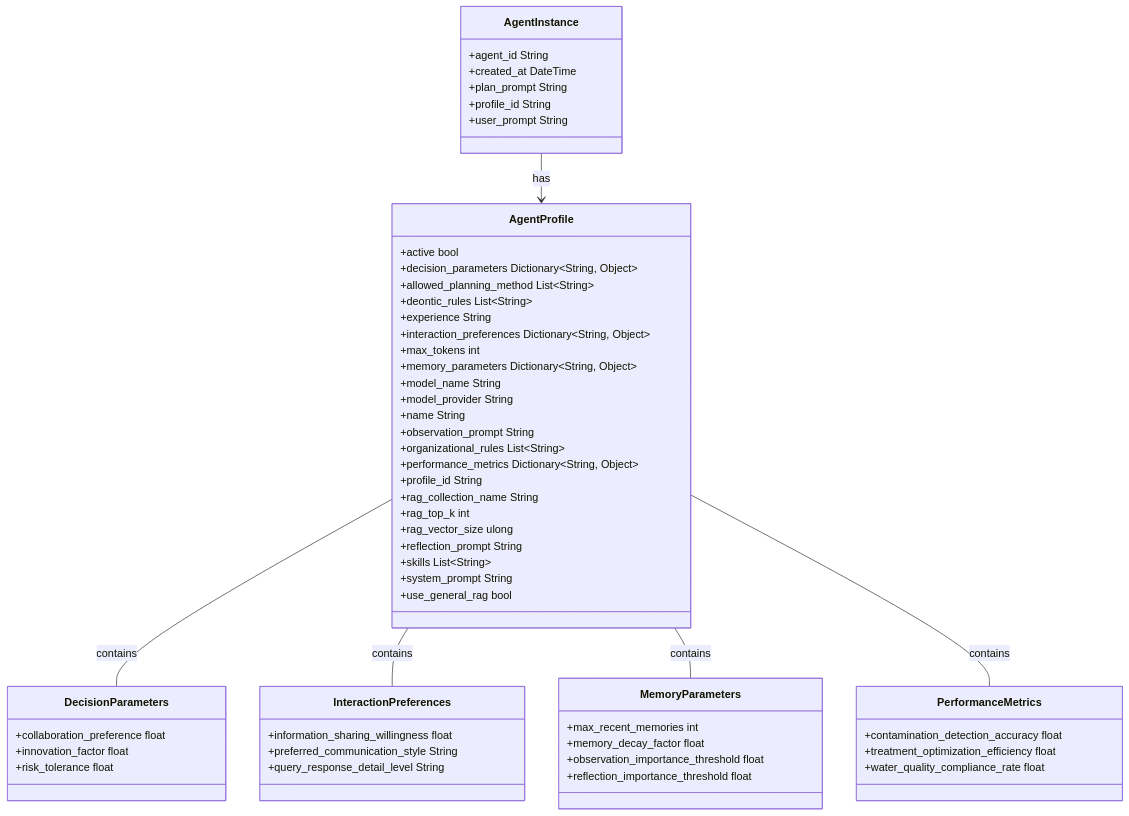
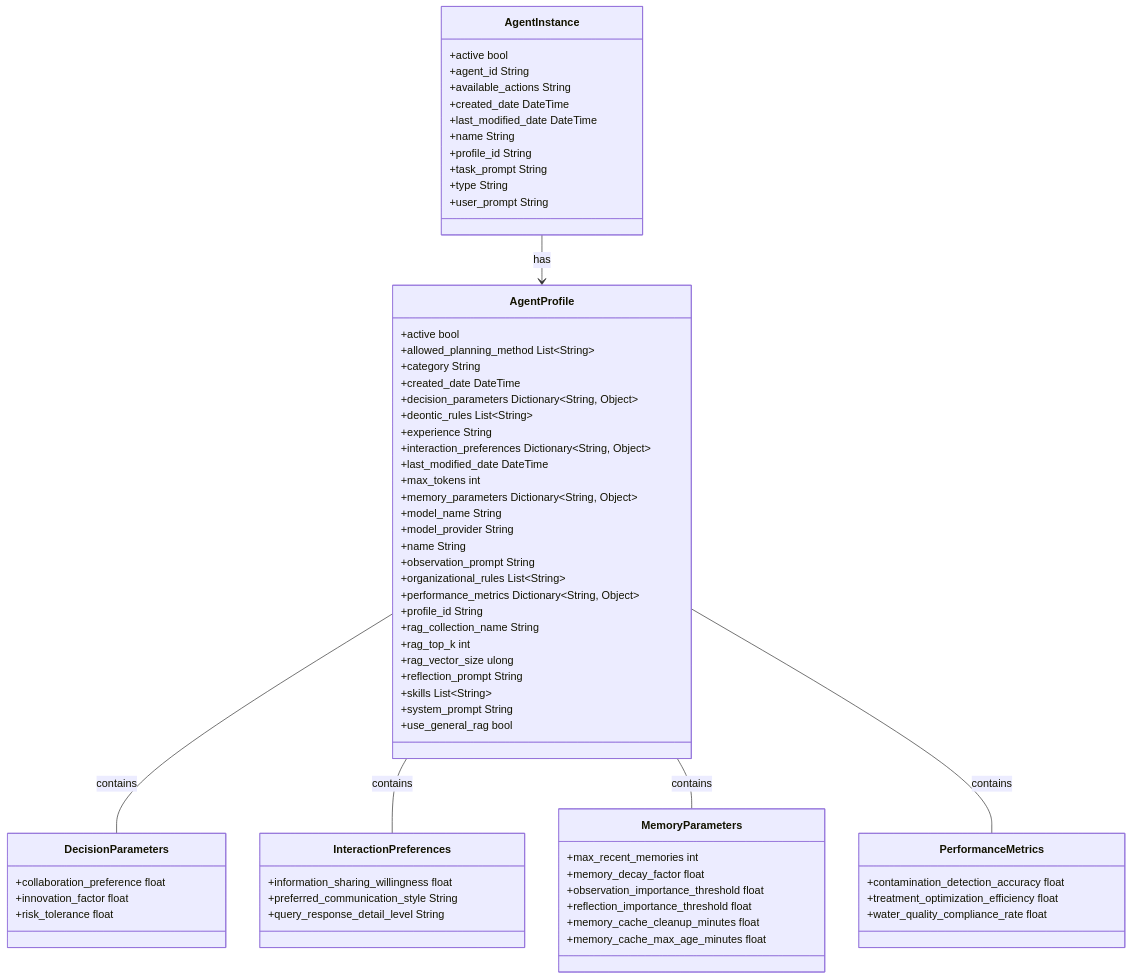
One commit to XMPro/Multi-Agent changed the diagram in docs/architecture/agent_architecture.md. Above: the diagram before and after it, drawn with Mermaid. The commit also changed other lines of this file and 27 other files, not shown here.

````diff
--- a/docs/architecture/agent_architecture.md
+++ b/docs/architecture/agent_architecture.md
@@ -18,67 +18,77 @@
 ```mermaid
 classDiagram
     class AgentProfile {
         +active bool
+        +allowed_planning_method List~String~
+        +category String
+        +created_date DateTime
         +decision_parameters Dictionary~String, Object~
-        +allowed_planning_method List~String~
         +deontic_rules List~String~
         +experience String
         +interaction_preferences Dictionary~String, Object~
+        +last_modified_date DateTime
         +max_tokens int
         +memory_parameters Dictionary~String, Object~
         +model_name String
         +model_provider String
         +name String
         +observation_prompt String
         +organizational_rules List~String~
         +performance_metrics Dictionary~String, Object~
         +profile_id String
         +rag_collection_name String
         +rag_top_k int
         +rag_vector_size ulong
         +reflection_prompt String
         +skills List~String~
         +system_prompt String
         +use_general_rag bool
     }
     
     class AgentInstance {
+        +active bool
         +agent_id String
-        +created_at DateTime
-        +plan_prompt String
+        +available_actions String
+        +created_date DateTime
+        +last_modified_date DateTime
+        +name String
         +profile_id String
+        +task_prompt String
+        +type String
         +user_prompt String
     }
     
     AgentInstance --> AgentProfile : has
 
     class DecisionParameters {
         +collaboration_preference float
         +innovation_factor float
         +risk_tolerance float
     }
 
     class InteractionPreferences {
         +information_sharing_willingness float
         +preferred_communication_style String
         +query_response_detail_level String
     }
 
     class MemoryParameters {
         +max_recent_memories int
         +memory_decay_factor float
         +observation_importance_threshold float
         +reflection_importance_threshold float
+        +memory_cache_cleanup_minutes float
+        +memory_cache_max_age_minutes float
     }
 
     class PerformanceMetrics {
         +contamination_detection_accuracy float
         +treatment_optimization_efficiency float
         +water_quality_compliance_rate float
     }
 
     AgentProfile -- DecisionParameters : contains
     AgentProfile -- InteractionPreferences : contains
     AgentProfile -- MemoryParameters : contains
     AgentProfile -- PerformanceMetrics : contains
 ```
````
